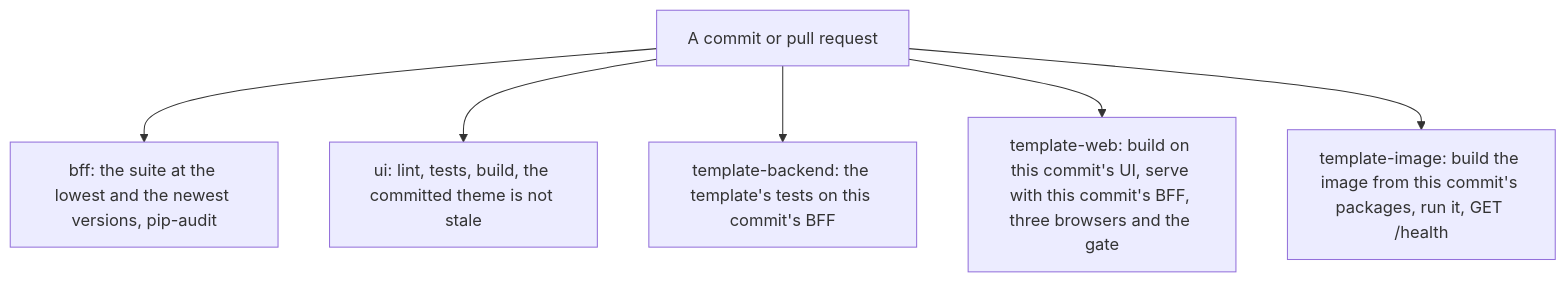
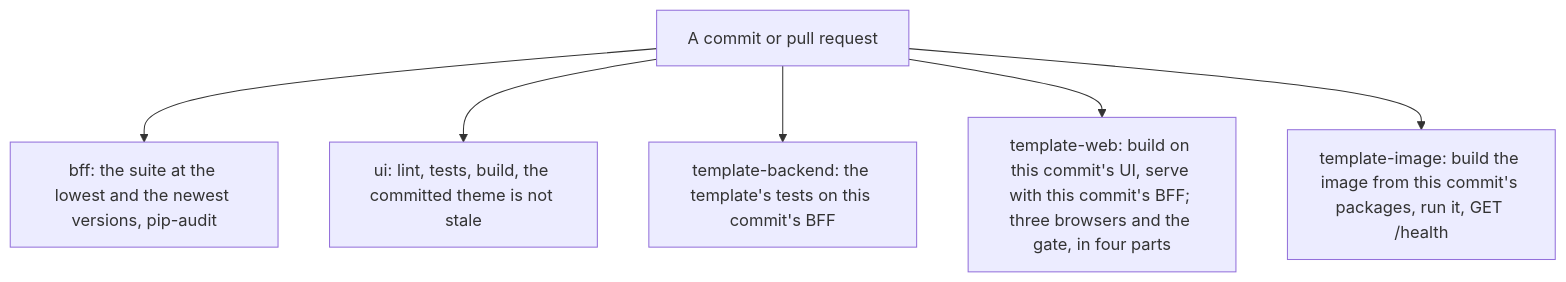
Diagram 14 of 14 in docs/architecture.md (eneo-ai/eneo-module-kit), drawn with Mermaid before and after one commit. The commit also changed 5 other files, not shown here.

Commit message:
ci: run the browser tests in four parts: main, the devices, WebKit and Firefox

````diff
--- a/docs/architecture.md
+++ b/docs/architecture.md
@@ -357,8 +357,8 @@
 ```mermaid
 flowchart TB
   commit["A commit or pull request"] --> bff["bff: the suite at the lowest and the newest versions, pip-audit"]
   commit --> ui["ui: lint, tests, build, the committed theme is not stale"]
   commit --> tb["template-backend: the template's tests on this commit's BFF"]
-  commit --> tw["template-web: build on this commit's UI, serve with this commit's BFF, three browsers and the gate"]
+  commit --> tw["template-web: build on this commit's UI, serve with this commit's BFF; three browsers and the gate, in four parts"]
   commit --> ti["template-image: build the image from this commit's packages, run it, GET /health"]
 ```
````
